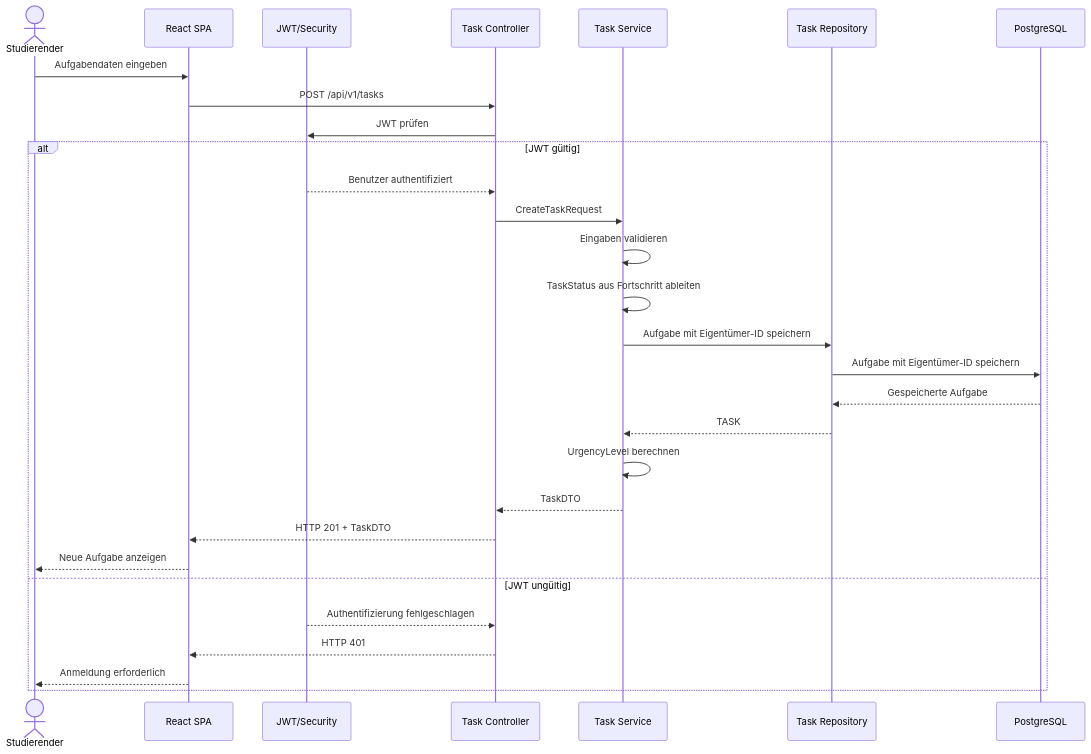
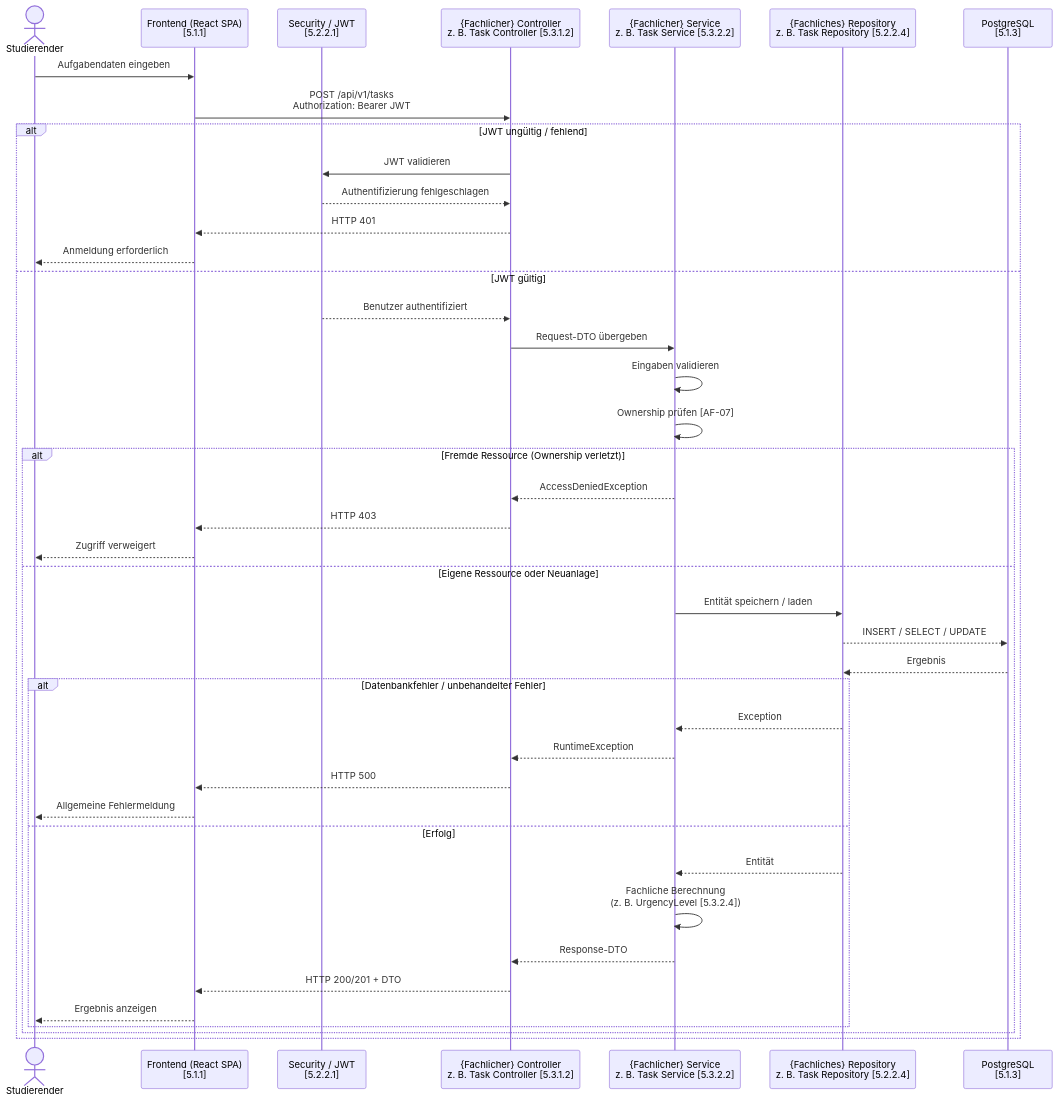
One commit to nura203/wk1106-wirtschaftsinformatik-projekt-1 changed the second of 3 diagrams in arch/06-laufzeitsicht.md. Above: the diagram before and after it, drawn with Mermaid. The commit also changed other lines of this file, not shown here.

Commit message:
docs(arch): improve runtime view clarity by consolidating duplicate flows

````diff
--- a/arch/06-laufzeitsicht.md
+++ b/arch/06-laufzeitsicht.md
@@ -66,32 +89,49 @@
 ```mermaid
 sequenceDiagram
     actor Nutzer as Studierender
-    participant Frontend as React SPA
-    participant Security as JWT/Security
-    participant Controller as Task Controller
-    participant Service as Task Service
-    participant Repo as Task Repository
-    participant DB as PostgreSQL
+    participant Frontend as Frontend (React SPA)<br/>[5.1.1]
+    participant Sec as Security / JWT<br/>[5.2.2.1]
+    participant Ctrl as {Fachlicher} Controller<br/>z. B. Task Controller [5.3.1.2]
+    participant Svc as {Fachlicher} Service<br/>z. B. Task Service [5.3.2.2]
+    participant Repo as {Fachliches} Repository<br/>z. B. Task Repository [5.2.2.4]
+    participant DB as PostgreSQL<br/>[5.1.3]
 
     Nutzer->>Frontend: Aufgabendaten eingeben
-    Frontend->>Controller: POST /api/v1/tasks
-    Controller->>Security: JWT prüfen
-    alt JWT gültig
-    Security-->>Controller: Benutzer authentifiziert
-    Controller->>Service: CreateTaskRequest
-    Service->>Service: Eingaben validieren
-    Service->>Service: TaskStatus aus Fortschritt ableiten
-    Service->>Repo: Aufgabe mit Eigentümer-ID speichern
-    Repo->>DB: Aufgabe mit Eigentümer-ID speichern
-    DB-->>Repo: Gespeicherte Aufgabe
-    Repo-->>Service: TASK
-    Service->>Service: UrgencyLevel berechnen
-    Service-->>Controller: TaskDTO
-    Controller-->>Frontend: HTTP 201 + TaskDTO
-    Frontend-->>Nutzer: Neue Aufgabe anzeigen
-else JWT ungültig
-    Security-->>Controller: Authentifizierung fehlgeschlagen
-    Controller-->>Frontend: HTTP 401
-    Frontend-->>Nutzer: Anmeldung erforderlich
-end
+    Frontend->>Ctrl: POST /api/v1/tasks<br/>Authorization: Bearer JWT
+
+    alt JWT ungültig / fehlend
+        Ctrl->>Sec: JWT validieren
+        Sec-->>Ctrl: Authentifizierung fehlgeschlagen
+        Ctrl-->>Frontend: HTTP 401
+        Frontend-->>Nutzer: Anmeldung erforderlich
+    else JWT gültig
+        Sec-->>Ctrl: Benutzer authentifiziert
+        Ctrl->>Svc: Request-DTO übergeben
+
+        Svc->>Svc: Eingaben validieren
+        Svc->>Svc: Ownership prüfen [AF-07]
+
+        alt Fremde Ressource (Ownership verletzt)
+            Svc-->>Ctrl: AccessDeniedException
+            Ctrl-->>Frontend: HTTP 403
+            Frontend-->>Nutzer: Zugriff verweigert
+        else Eigene Ressource oder Neuanlage
+            Svc->>Repo: Entität speichern / laden
+            Repo-->>DB: INSERT / SELECT / UPDATE
+            DB-->>Repo: Ergebnis
+
+            alt Datenbankfehler / unbehandelter Fehler
+                Repo-->>Svc: Exception
+                Svc-->>Ctrl: RuntimeException
+                Ctrl-->>Frontend: HTTP 500
+                Frontend-->>Nutzer: Allgemeine Fehlermeldung
+            else Erfolg
+                Repo-->>Svc: Entität
+                Svc->>Svc: Fachliche Berechnung<br/>(z. B. UrgencyLevel [5.3.2.4])
+                Svc-->>Ctrl: Response-DTO
+                Ctrl-->>Frontend: HTTP 200/201 + DTO
+                Frontend-->>Nutzer: Ergebnis anzeigen
+            end
+        end
+    end
 ```
````
